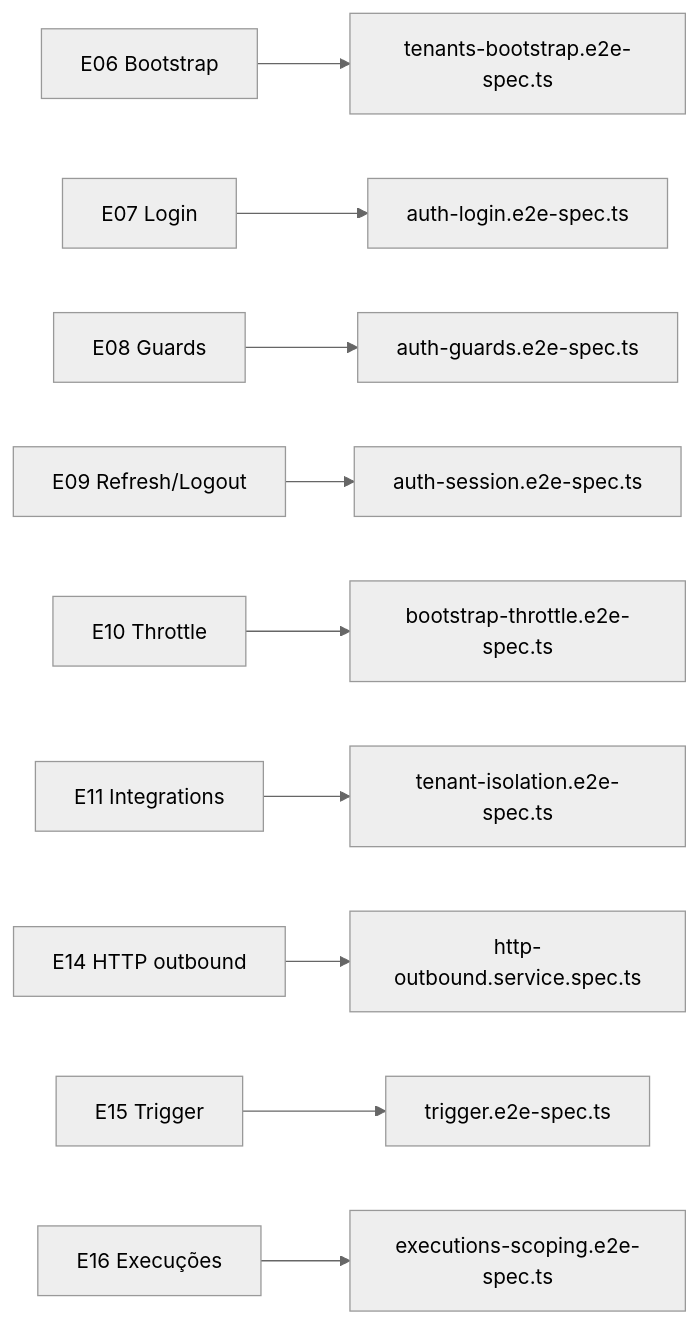
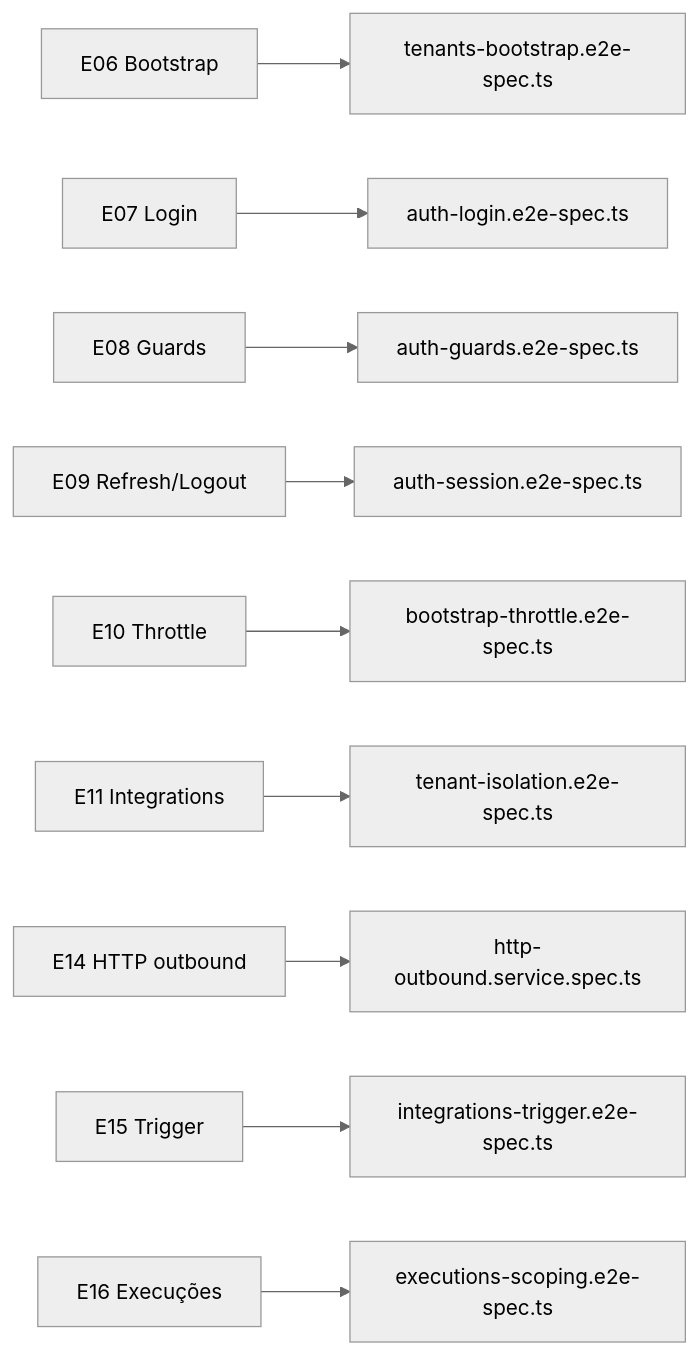
The diagram in docs/plans/testes-criticos.md (OSenhorD/commandix-poc), drawn with Mermaid (neutral theme) before and after one commit. The commit also changed other lines of this file and 31 other files, not shown here.

````diff
--- a/docs/plans/testes-criticos.md
+++ b/docs/plans/testes-criticos.md
@@ -40,12 +40,12 @@
 ```mermaid
 flowchart LR
     E06[E06 Bootstrap] --> T06[tenants-bootstrap.e2e-spec.ts]
     E07[E07 Login] --> T07[auth-login.e2e-spec.ts]
     E08[E08 Guards] --> T08[auth-guards.e2e-spec.ts]
     E09[E09 Refresh/Logout] --> T09[auth-session.e2e-spec.ts]
     E10[E10 Throttle] --> T10[bootstrap-throttle.e2e-spec.ts]
     E11[E11 Integrations] --> T11[tenant-isolation.e2e-spec.ts]
     E14[E14 HTTP outbound] --> T14[http-outbound.service.spec.ts]
-    E15[E15 Trigger] --> T15[trigger.e2e-spec.ts]
+    E15[E15 Trigger] --> T15[integrations-trigger.e2e-spec.ts]
     E16[E16 Execuções] --> T16[executions-scoping.e2e-spec.ts]
 ```
````
